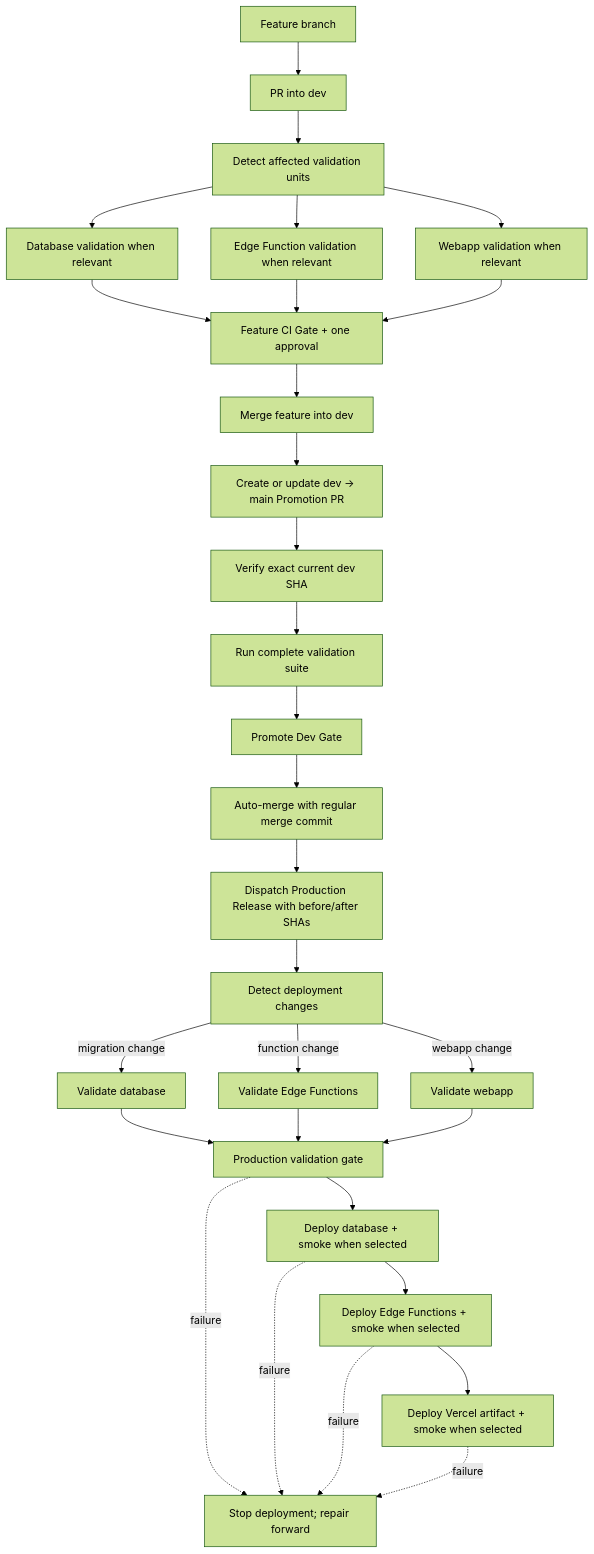
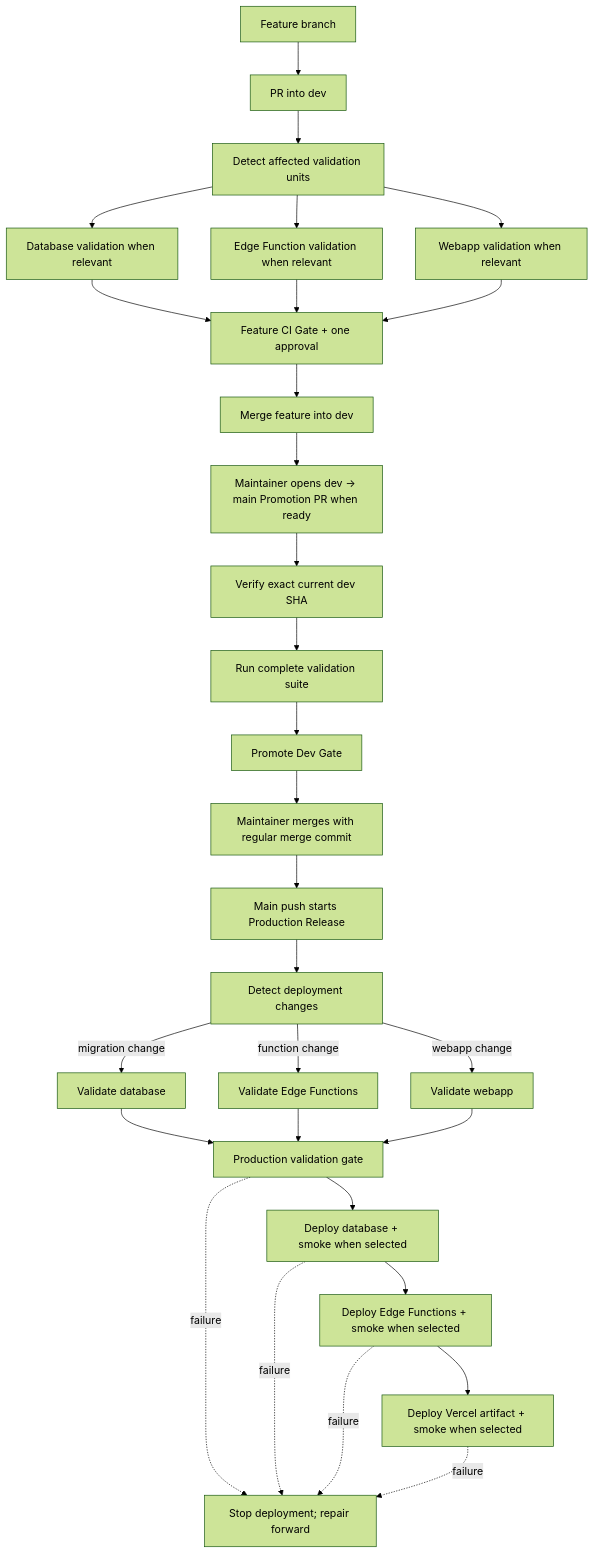
One commit to sushiape/bossbaby changed the diagram in docs/ci-cd-pipeline-report.md. Above: the diagram before and after it, drawn with Mermaid (forest theme). The commit also changed other lines of this file and 5 other files, not shown here.

Commit message:
Require manual dev promotion

````diff
--- a/docs/ci-cd-pipeline-report.md
+++ b/docs/ci-cd-pipeline-report.md
@@ -15,35 +15,35 @@
 ```mermaid
 flowchart TD
     A["Feature branch"] --> B["PR into dev"]
     B --> C["Detect affected validation units"]
     C --> D["Database validation when relevant"]
     C --> E["Edge Function validation when relevant"]
     C --> F["Webapp validation when relevant"]
     D --> G["Feature CI Gate + one approval"]
     E --> G
     F --> G
     G --> H["Merge feature into dev"]
 
-    H --> I["Create or update dev → main Promotion PR"]
+    H --> I["Maintainer opens dev → main Promotion PR when ready"]
     I --> J["Verify exact current dev SHA"]
     J --> K["Run complete validation suite"]
     K --> L["Promote Dev Gate"]
-    L --> M["Auto-merge with regular merge commit"]
-    M --> N["Dispatch Production Release with before/after SHAs"]
+    L --> M["Maintainer merges with regular merge commit"]
+    M --> N["Main push starts Production Release"]
 
     N --> O["Detect deployment changes"]
     O -->|"migration change"| P["Validate database"]
     O -->|"function change"| Q["Validate Edge Functions"]
     O -->|"webapp change"| R["Validate webapp"]
     P --> S["Production validation gate"]
     Q --> S
     R --> S
     S --> T["Deploy database + smoke when selected"]
     T --> U["Deploy Edge Functions + smoke when selected"]
     U --> V["Deploy Vercel artifact + smoke when selected"]
 
     S -. "failure" .-> X["Stop deployment; repair forward"]
     T -. "failure" .-> X
     U -. "failure" .-> X
     V -. "failure" .-> X
 ```
````
